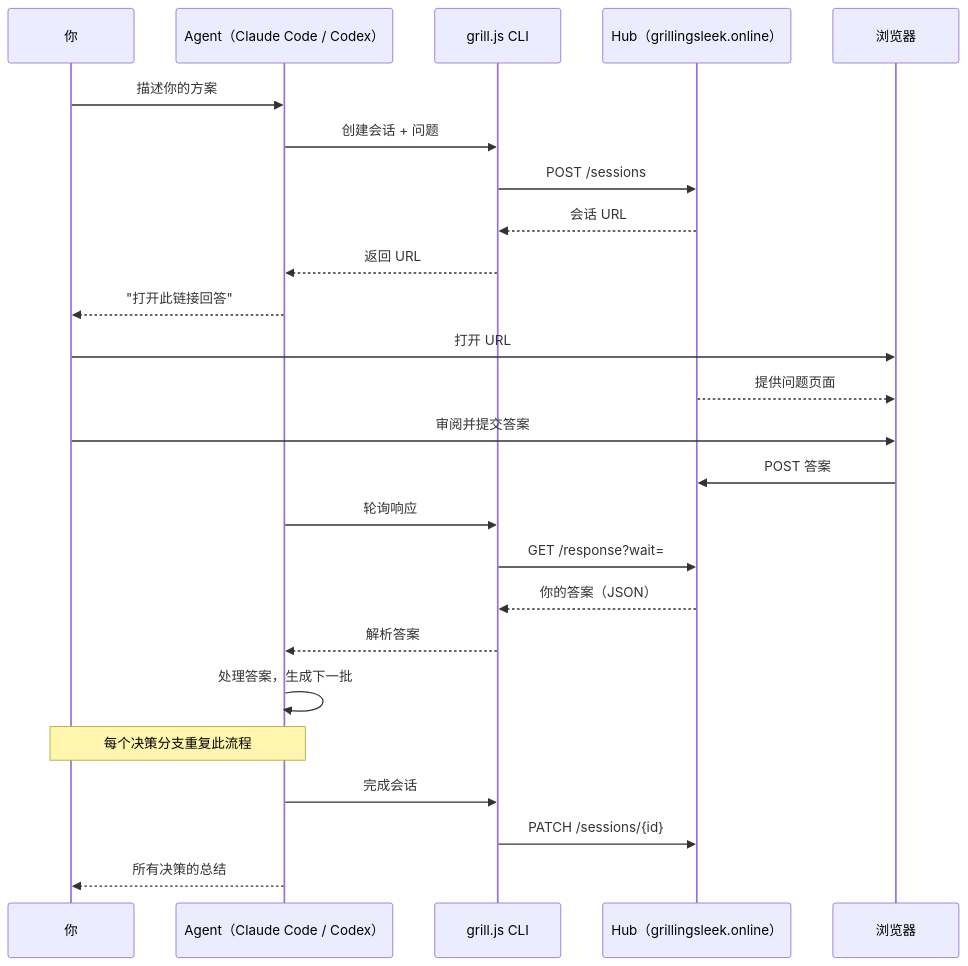
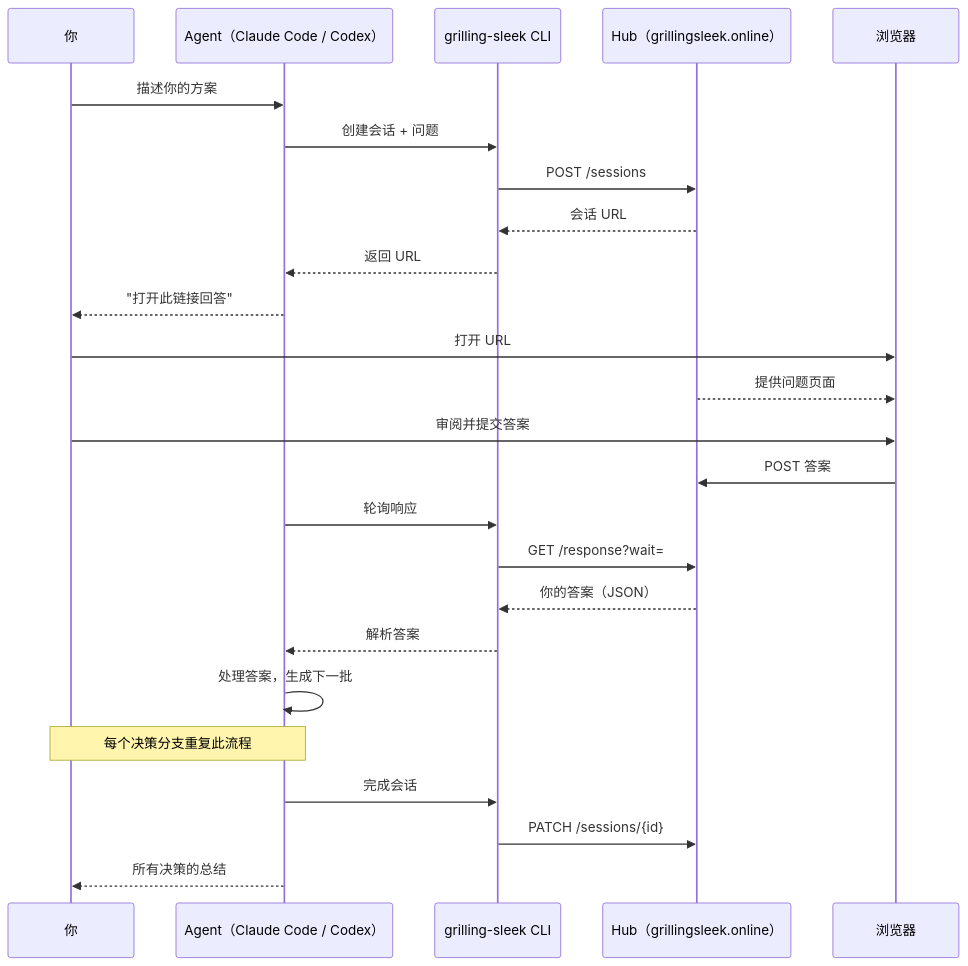
Before and after one commit to jukanntenn/grill-me-sleek: the diagram in README_zh.md, drawn with Mermaid. The commit also changed other lines of this file and 3 other files, not shown here.

````diff
--- a/README_zh.md
+++ b/README_zh.md
@@ -51,28 +51,28 @@
 ```mermaid
 sequenceDiagram
     participant U as 你
     participant A as Agent（Claude Code / Codex）
-    participant C as grill.js CLI
+    participant C as grilling-sleek CLI
     participant H as Hub（grillingsleek.online）
     participant B as 浏览器
 
     U->>A: 描述你的方案
     A->>C: 创建会话 + 问题
     C->>H: POST /sessions
     H-->>C: 会话 URL
     C-->>A: 返回 URL
     A-->>U: "打开此链接回答"
     U->>B: 打开 URL
     H-->>B: 提供问题页面
     U->>B: 审阅并提交答案
     B->>H: POST 答案
     A->>C: 轮询响应
     C->>H: GET /response?wait=
     H-->>C: 你的答案（JSON）
     C-->>A: 解析答案
     A->>A: 处理答案，生成下一批
     Note over A,U: 每个决策分支重复此流程
     A->>C: 完成会话
     C->>H: PATCH /sessions/{id}
     A-->>U: 所有决策的总结
 ```
````
